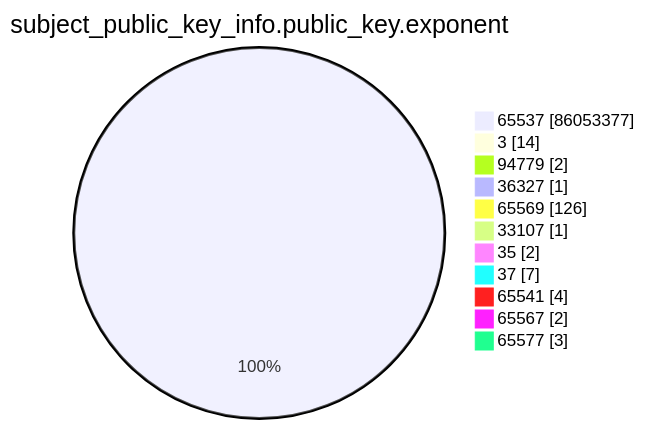
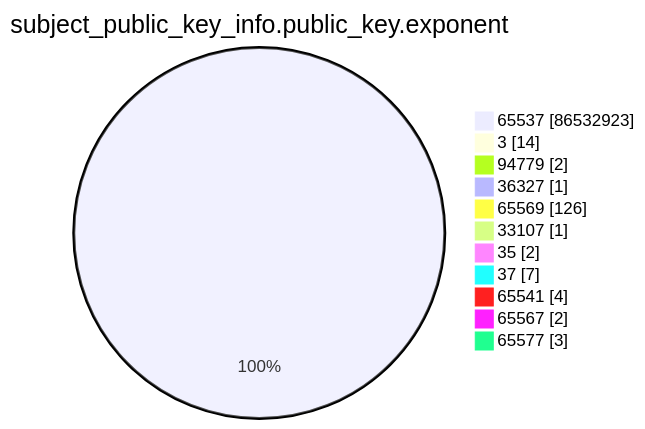
One commit to christiankrug/ctmonitor_visualization changed the fourth of 15 diagrams in xenon2023/README.md. Above: the diagram before and after it, drawn with Mermaid. The commit also changed other lines of this file, not shown here.

````diff
--- a/xenon2023/README.md
+++ b/xenon2023/README.md
@@ -1241,15 +1242,15 @@
 ```mermaid
 pie showData
 title subject_public_key_info.public_key.exponent
-"65537" :86053377
+"65537" :86532923
 "3" :14
 "94779" :2
 "36327" :1
 "65569" :126
 "33107" :1
 "35" :2
 "37" :7
 "65541" :4
 "65567" :2
 "65577" :3
 ```
````
